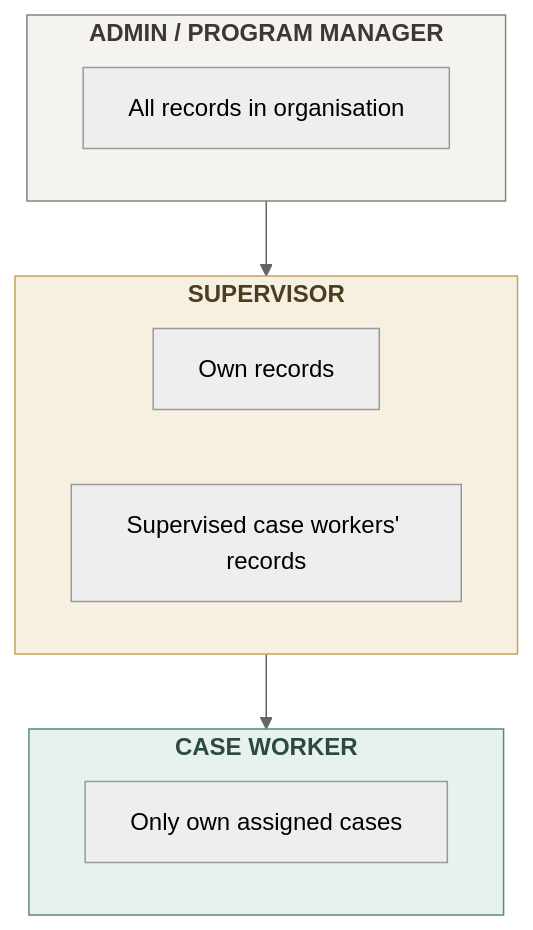
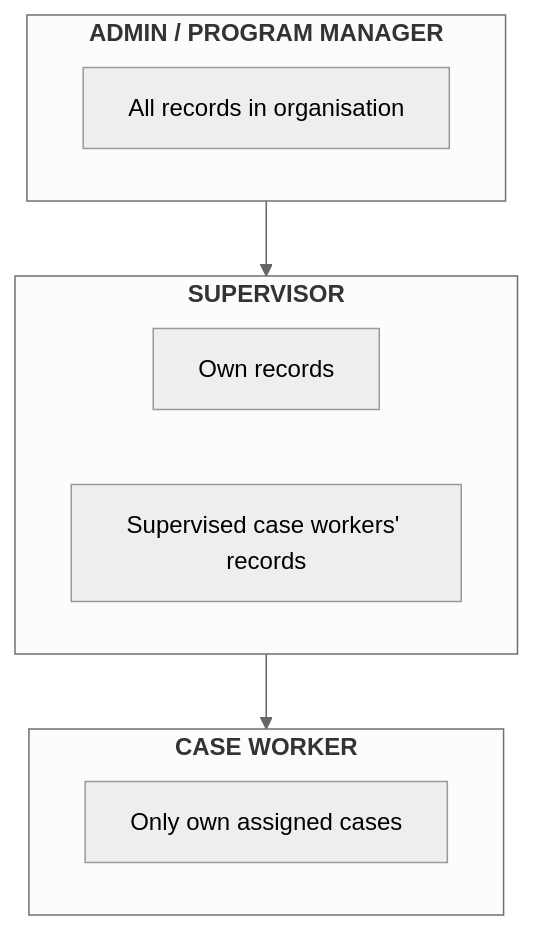
Before and after one commit to manaaki-tech/manaakicare-docs: the eighth of 8 diagrams in docs/getting-started/workflow-overview.mdx, drawn with Mermaid (neutral theme). The commit also changed other lines of this file and 4 other files, not shown here.

````diff
--- a/docs/getting-started/workflow-overview.mdx
+++ b/docs/getting-started/workflow-overview.mdx
@@ -268,22 +286,19 @@
 ```mermaid
 flowchart TB
     subgraph admin["<b>ADMIN / PROGRAM MANAGER</b>"]
         a1["All records in organisation"]
     end
 
     subgraph supervisor["<b>SUPERVISOR</b>"]
         s1["Own records"]
         s2["Supervised case workers' records"]
     end
 
     subgraph caseworker["<b>CASE WORKER</b>"]
         c1["Only own assigned cases"]
     end
 
     admin --> supervisor
     supervisor --> caseworker
 
-    style admin fill:#F5F3F0,stroke:#8B8178,color:#3D3830
-    style supervisor fill:#F7F0E0,stroke:#C4A35A,color:#4A3D20
-    style caseworker fill:#E8F2EC,stroke:#5C8A72,color:#2D4A3E
 ```
````
